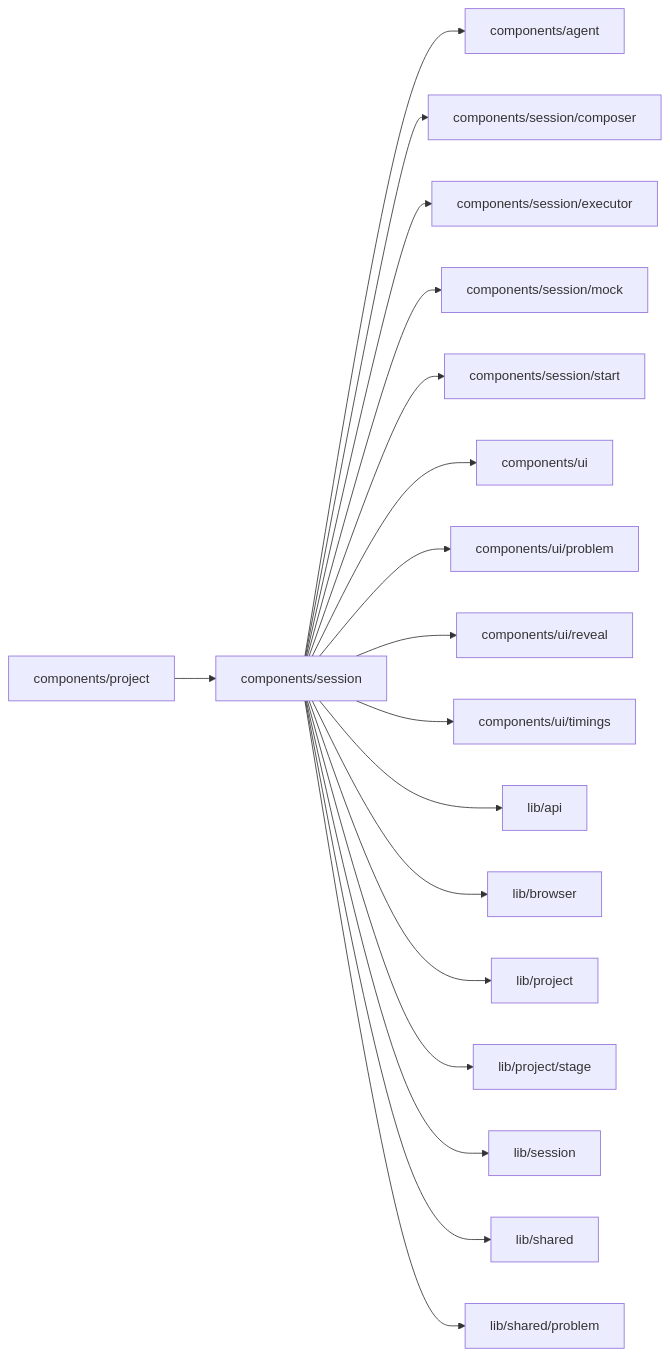
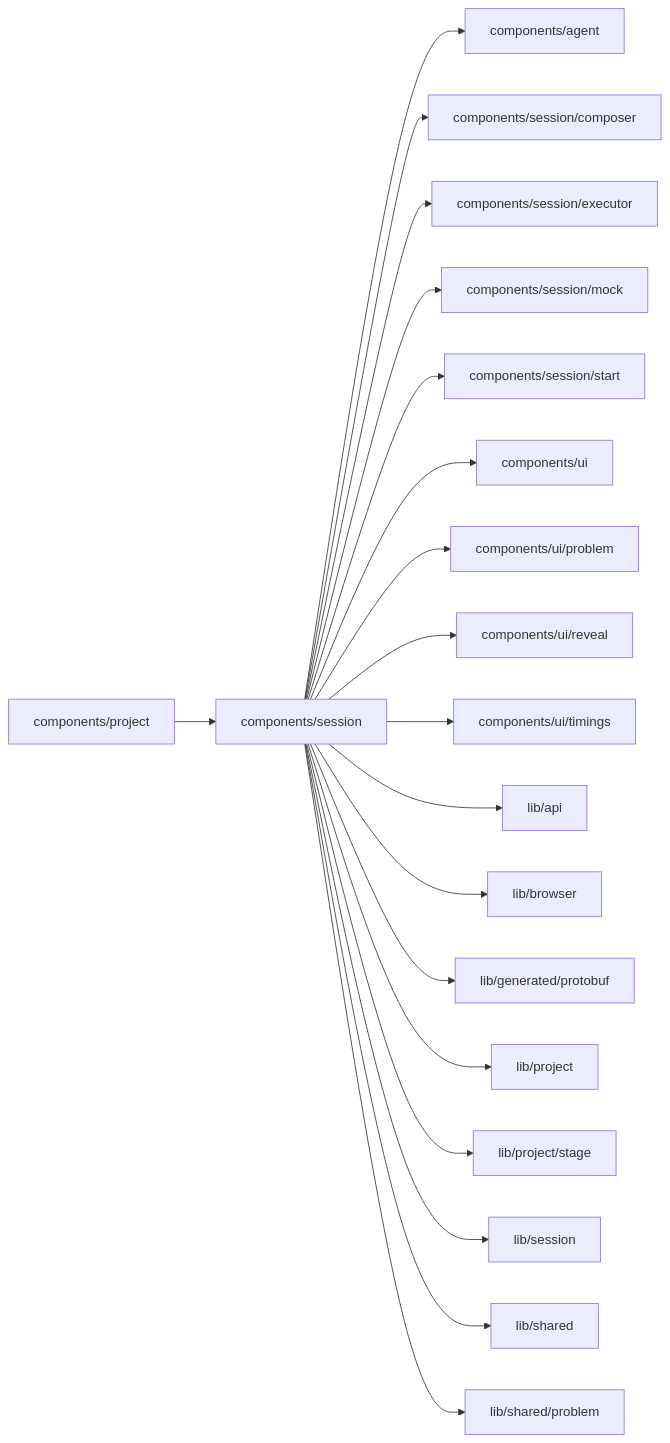
The diagram in web/studio/components/session/README.md (superdurable/superverse), drawn with Mermaid before and after one commit. The commit also changed other lines of this file and 41 other files, not shown here.

First line of the commit message:
Studio: quieter Setup, build strip and chat; failures lead to Setup; one process opens its Flow

````diff
--- a/web/studio/components/session/README.md
+++ b/web/studio/components/session/README.md
@@ -10,21 +10,22 @@
 ```mermaid
 flowchart LR
   self["components/session"]
   c0["components/project"] --> self
   self --> d0["components/agent"]
   self --> d1["components/session/composer"]
   self --> d2["components/session/executor"]
   self --> d3["components/session/mock"]
   self --> d4["components/session/start"]
   self --> d5["components/ui"]
   self --> d6["components/ui/problem"]
   self --> d7["components/ui/reveal"]
   self --> d8["components/ui/timings"]
   self --> d9["lib/api"]
   self --> d10["lib/browser"]
-  self --> d11["lib/project"]
-  self --> d12["lib/project/stage"]
-  self --> d13["lib/session"]
-  self --> d14["lib/shared"]
-  self --> d15["lib/shared/problem"]
+  self --> d11["lib/generated/protobuf"]
+  self --> d12["lib/project"]
+  self --> d13["lib/project/stage"]
+  self --> d14["lib/session"]
+  self --> d15["lib/shared"]
+  self --> d16["lib/shared/problem"]
 ```
````
